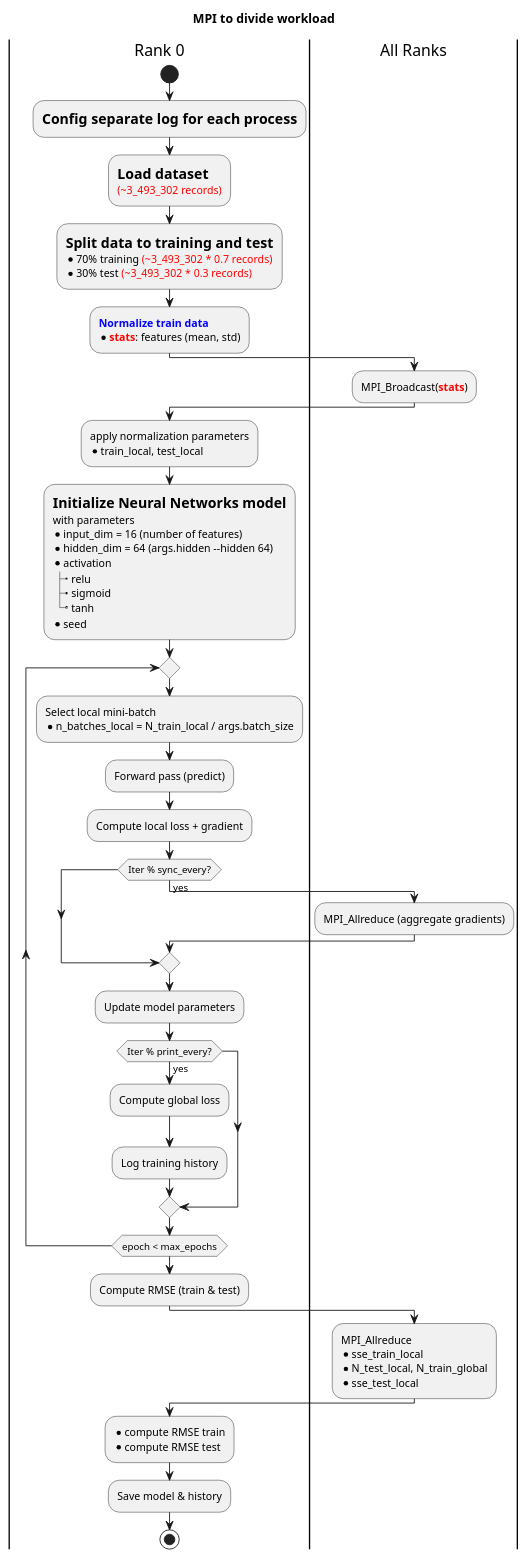
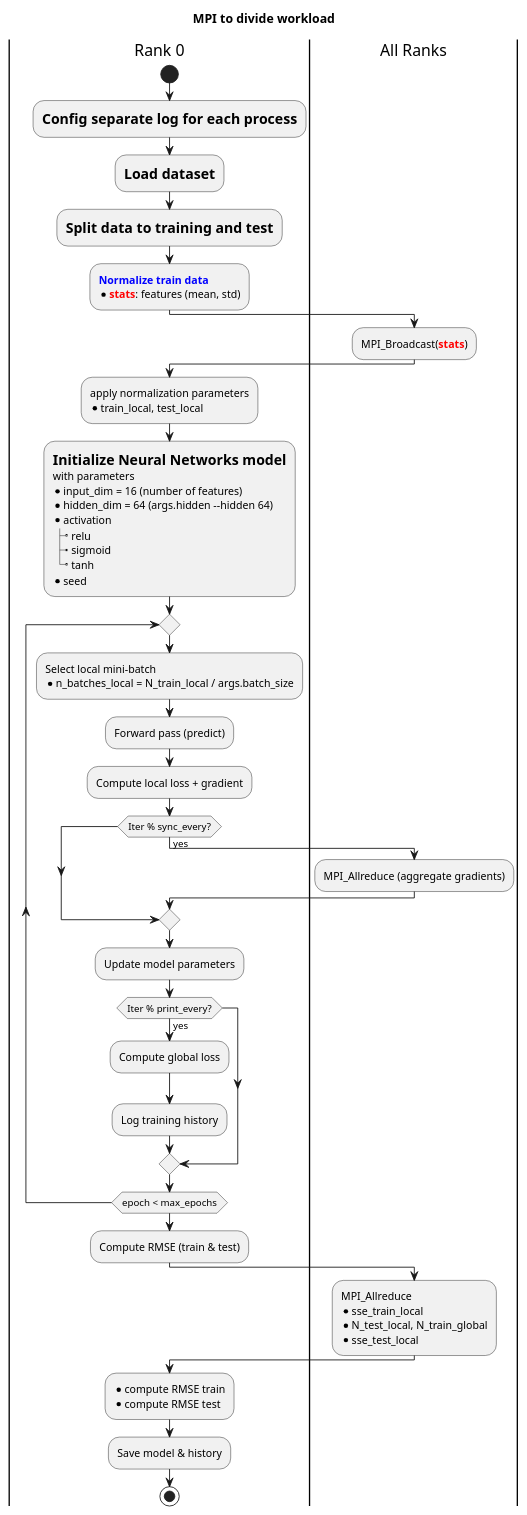
Before and after one commit to xuanntm/DSA5208_Project1: the diagram in docs/sgd_neural_network_application.puml, drawn with PlantUML. The commit also changed 3 other files, not shown here.

Commit message:
Update report and flowchart

```diff
--- a/docs/sgd_neural_network_application.puml
+++ b/docs/sgd_neural_network_application.puml
@@ -1,91 +1,88 @@
 @startuml namespace 
 
 title  MPI to divide workload 
 
 |Rank 0|
 start
 :=Config separate log for each process;
-:=Load dataset
-<color:red>(~3_493_302 records);
-:=Split data to training and test
-* 70% training <color:red>(~3_493_302 * 0.7 records)
-* 30% test <color:red>(~3_493_302 * 0.3 records);
+:=Load dataset;
+:=Split data to training and test;
 :<color:blue><b>Normalize train data
 * <b><color:red>stats</b>: features (mean, std);
 |All Ranks|
 :MPI_Broadcast(<b><color:red>stats</b>);
 |Rank 0|
 :apply normalization parameters
 * train_local, test_local;
 ' |All Ranks|
 ' :MPI_allreduce(<b><color:red>N_train_local</b>);
 ' |Rank 0|
 ' :<b><color:green>N_train_global;
 :=Initialize Neural Networks model
 with parameters
 * input_dim = 16 (number of features)
 * hidden_dim = 64 (args.hidden --hidden 64)
 * activation
 |_ relu
 |_ sigmoid
 |_ tanh
 * seed;
 repeat
   :Select local mini-batch
   * n_batches_local = N_train_local / args.batch_size;
   :Forward pass (predict);
   :Compute local loss + gradient;
   if (Iter % sync_every?) then (yes)
     |All Ranks|
     :MPI_Allreduce (aggregate gradients);
   endif
   
   |Rank 0|
   :Update model parameters;
   if (Iter % print_every?) then (yes)
     :Compute global loss;
     :Log training history;
   endif
 repeat while (epoch < max_epochs)
 :Compute RMSE (train & test);
 |All Ranks|
 :MPI_Allreduce
 * sse_train_local
 * N_test_local, N_train_global
 * sse_test_local;
 |Rank 0|
 :* compute RMSE train
 * compute RMSE test;
 :Save model & history;
 stop
 
 ' |Rank 1..N|
 ' start
 ' :Load dataset
 ' <color:red>(~3_493_302 records);
 ' :Split data to training and test
 ' * 70% training <color:red>(~3_493_302 * 0.7 records)
 ' * 30% test <color:red>(~3_493_302 * 0.3 records);
 ' |All Ranks|
 ' :MPI_Broadcast(<b><color:red>stats</b>);
 ' |Rank 1..N|
 ' :apply normalization parameters;
 ' :Initialize model parameters
 ' * input_dim = 16
 ' ;
 ' repeat
 '   :Select local mini-batch;
 '   :Forward pass (predict);
 '   :Compute local loss + gradient;
 '   if (Iter % sync_every?) then (yes)
 '     |All Ranks|
 '     :MPI_Allreduce (aggregate gradients);
 '   endif
 '   |Rank 1..N|
 '   :Update model parameters (same as Rank 0);
 ' repeat while (epoch < max_epochs)
 ' :Compute RMSE contribution;
 ' :Stop;
 ' stop
 
 @enduml
```
